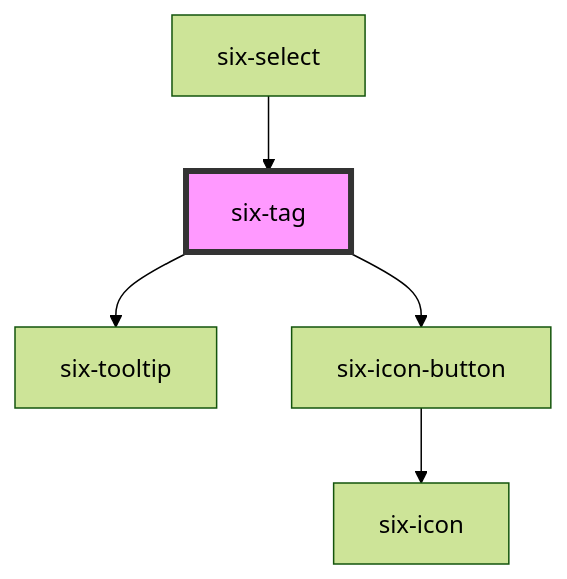
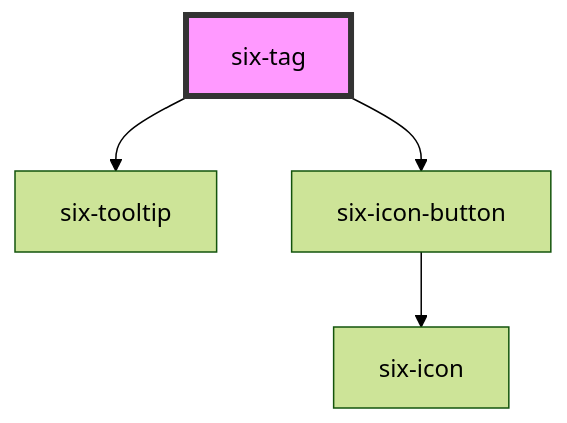
One commit to six-group/six-webcomponents changed the diagram in docs/components/six-tag.md. Above: the diagram before and after it, drawn with Mermaid (forest theme). The commit also changed other lines of this file and 129 other files, not shown here.

First line of the commit message:
feature: improve `six-select` functionality and appearance

````diff
--- a/docs/components/six-tag.md
+++ b/docs/components/six-tag.md
@@ -139,8 +135,7 @@
 ```mermaid
 graph TD;
   six-tag --> six-tooltip
   six-tag --> six-icon-button
   six-icon-button --> six-icon
-  six-select --> six-tag
   style six-tag fill:#f9f,stroke:#333,stroke-width:4px
 ```
````
